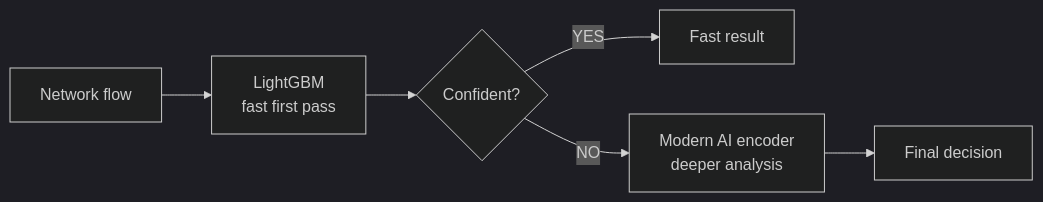
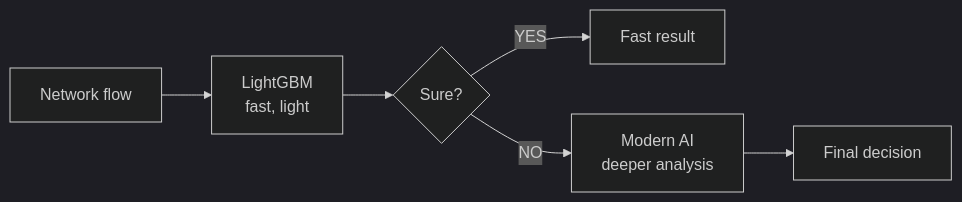
The first of 2 diagrams in beyond-100/Beyond_100_Speaker_Notes.md (hotaro6754/hotaro6754), drawn with Mermaid (dark theme) before and after one commit. The commit also changed other lines of this file and 3 other files, not shown here.

````diff
--- a/beyond-100/Beyond_100_Speaker_Notes.md
+++ b/beyond-100/Beyond_100_Speaker_Notes.md
@@ -189,8 +108,8 @@
 ```mermaid
 flowchart LR
-  F["Network flow"] --> L["LightGBM<br/>fast first pass"]
-  L --> Q{"Confident?"}
+  F["Network flow"] --> L["LightGBM<br/>fast, light"]
+  L --> Q{"Sure?"}
   Q -- YES --> R["Fast result"]
-  Q -- NO --> M["Modern AI encoder<br/>deeper analysis"]
+  Q -- NO --> M["Modern AI<br/>deeper analysis"]
   M --> Z["Final decision"]
 ```
````
